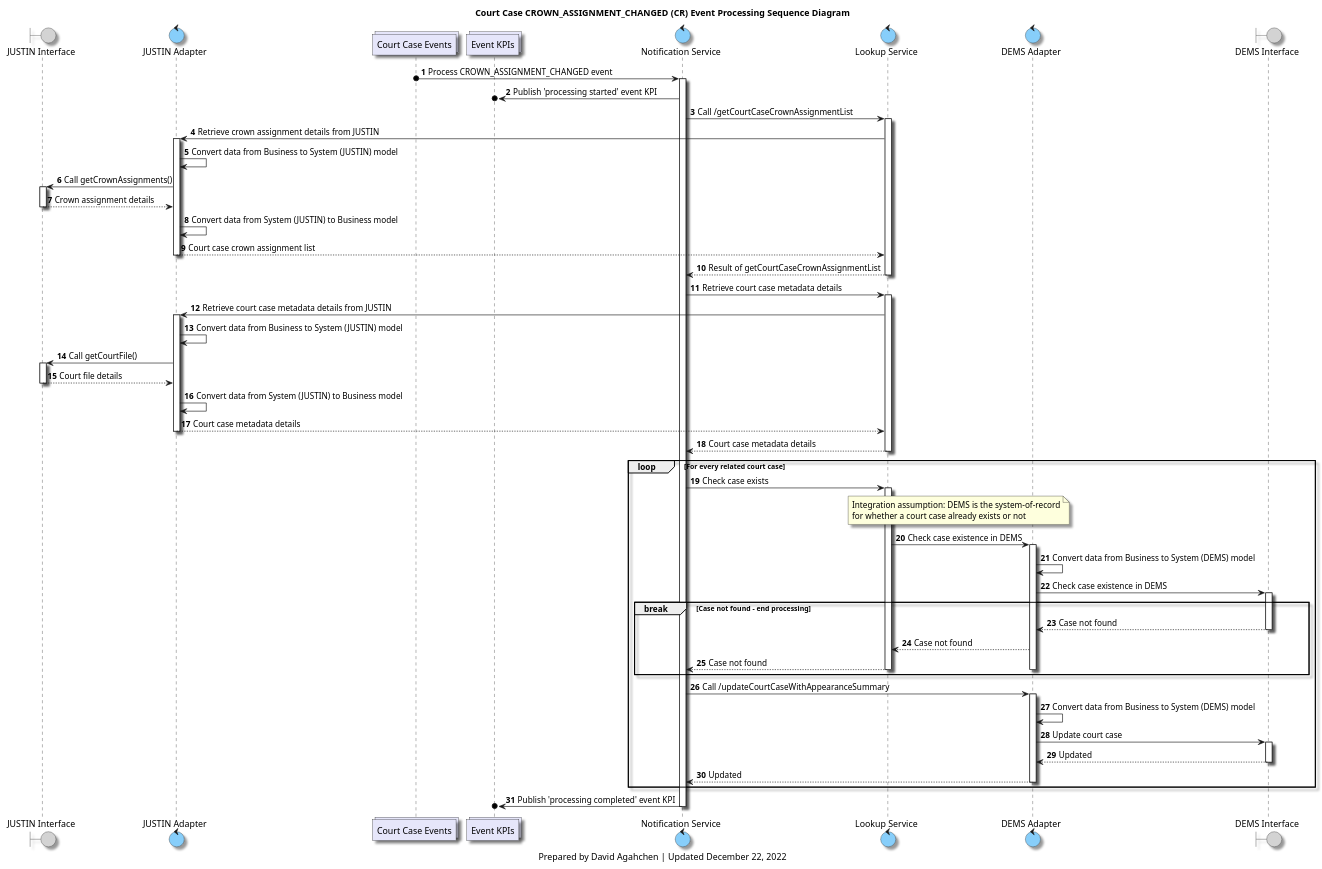
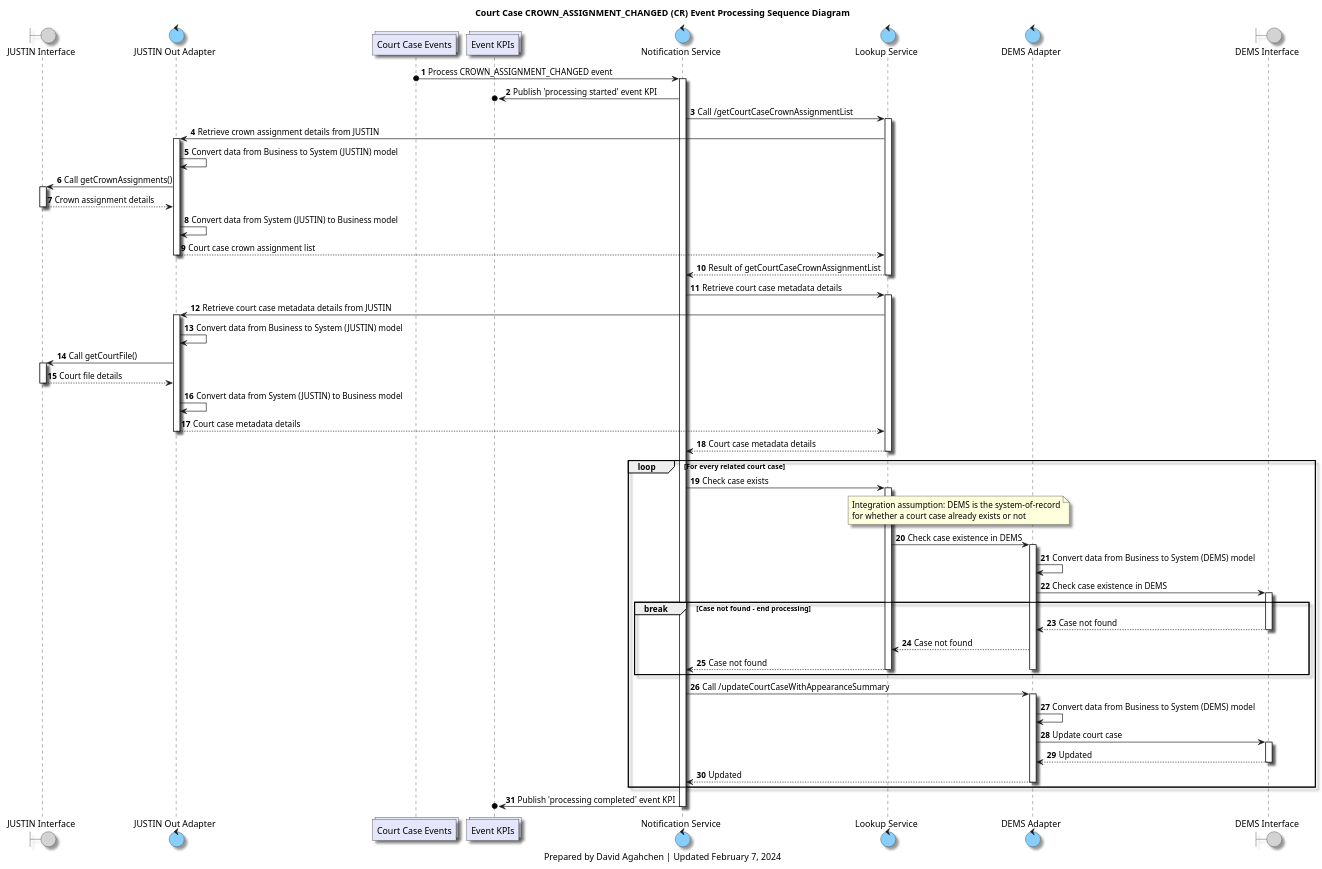
The diagram in diagrams/ccm_approved_court_case_crown_assignment_changed_processing_sequence_diagram.plantuml (bcgov/jpss-jade-ccm), drawn with PlantUML before and after one commit. The commit also changed 21 other files, not shown here.

Commit message:
Update processing sequence diagrams

```diff
--- a/diagrams/ccm_approved_court_case_crown_assignment_changed_processing_sequence_diagram.plantuml
+++ b/diagrams/ccm_approved_court_case_crown_assignment_changed_processing_sequence_diagram.plantuml
@@ -1,114 +1,114 @@
 @startuml
 'hide footbox
 
 skinparam Shadowing true
 skinparam CollectionsBackgroundColor Lavender
 skinparam ControlBackgroundColor LightSkyBlue
 skinparam BoundaryBackgroundColor LightGrey
 
 /' 
 Available colours
 https://plantuml-documentation.readthedocs.io/en/latest/formatting/color-names.html
 '/
 
 boundary j_interface as "JUSTIN Interface"
-control j_adapter as "JUSTIN Adapter"
+control j_adapter as "JUSTIN Out Adapter"
 collections court_case_topic as "Court Case Events"
 collections kpis_topic as "Event KPIs"
 control notification_service as "Notification Service"
 control lookup_service as "Lookup Service"
 control d_adapter as "DEMS Adapter"
 boundary d_interface as "DEMS Interface"
 
 title
 Court Case CROWN_ASSIGNMENT_CHANGED (CR) Event Processing Sequence Diagram
 end title
 
 autonumber
 
 court_case_topic o-> notification_service: Process CROWN_ASSIGNMENT_CHANGED event
 activate notification_service
 
 notification_service ->o kpis_topic: Publish 'processing started' event KPI
 
 notification_service -> lookup_service: Call /getCourtCaseCrownAssignmentList
 activate lookup_service
 lookup_service -> j_adapter: Retrieve crown assignment details from JUSTIN
 
 activate j_adapter
 j_adapter -> j_adapter: Convert data from Business to System (JUSTIN) model
 j_adapter -> j_interface: Call getCrownAssignments()
 activate j_interface
 j_interface --> j_adapter: Crown assignment details
 deactivate j_interface
 j_adapter -> j_adapter: Convert data from System (JUSTIN) to Business model
 j_adapter --> lookup_service: Court case crown assignment list
 deactivate j_adapter
 
 lookup_service --> notification_service: Result of getCourtCaseCrownAssignmentList
 deactivate lookup_service
 
 notification_service -> lookup_service: Retrieve court case metadata details
 activate lookup_service
 lookup_service -> j_adapter: Retrieve court case metadata details from JUSTIN
 
 activate j_adapter
 j_adapter -> j_adapter: Convert data from Business to System (JUSTIN) model
 j_adapter -> j_interface: Call getCourtFile()
 activate j_interface
 j_interface --> j_adapter: Court file details
 deactivate j_interface
 j_adapter -> j_adapter: Convert data from System (JUSTIN) to Business model
 j_adapter --> lookup_service: Court case metadata details
 deactivate j_adapter
 
 lookup_service --> notification_service: Court case metadata details
 deactivate lookup_service
 
 loop For every related court case
 
     notification_service -> lookup_service: Check case exists
     activate lookup_service
     note over lookup_service, d_adapter
     Integration assumption: DEMS is the system-of-record
     for whether a court case already exists or not
     end note
     lookup_service -> d_adapter: Check case existence in DEMS
     activate d_adapter
     d_adapter -> d_adapter: Convert data from Business to System (DEMS) model
     d_adapter -> d_interface: Check case existence in DEMS
     activate d_interface
 
     break Case not found - end processing
     d_interface --> d_adapter: Case not found
     deactivate d_interface
     d_adapter --> lookup_service: Case not found
     lookup_service --> notification_service: Case not found
     deactivate lookup_service
     deactivate d_adapter
     end break
 
     notification_service -> d_adapter: Call /updateCourtCaseWithAppearanceSummary
     activate d_adapter
 
     d_adapter -> d_adapter: Convert data from Business to System (DEMS) model
 
     d_adapter -> d_interface: Update court case
     activate d_interface
 
     d_interface --> d_adapter: Updated
     deactivate d_interface
 
     d_adapter --> notification_service: Updated
     deactivate d_adapter
 
 end
 
 notification_service ->o kpis_topic: Publish 'processing completed' event KPI
 
 deactivate notification_service
 
 caption
-Prepared by David Agahchen | Updated December 22, 2022
+Prepared by David Agahchen | Updated February 7, 2024
 end caption
 @enduml
```
